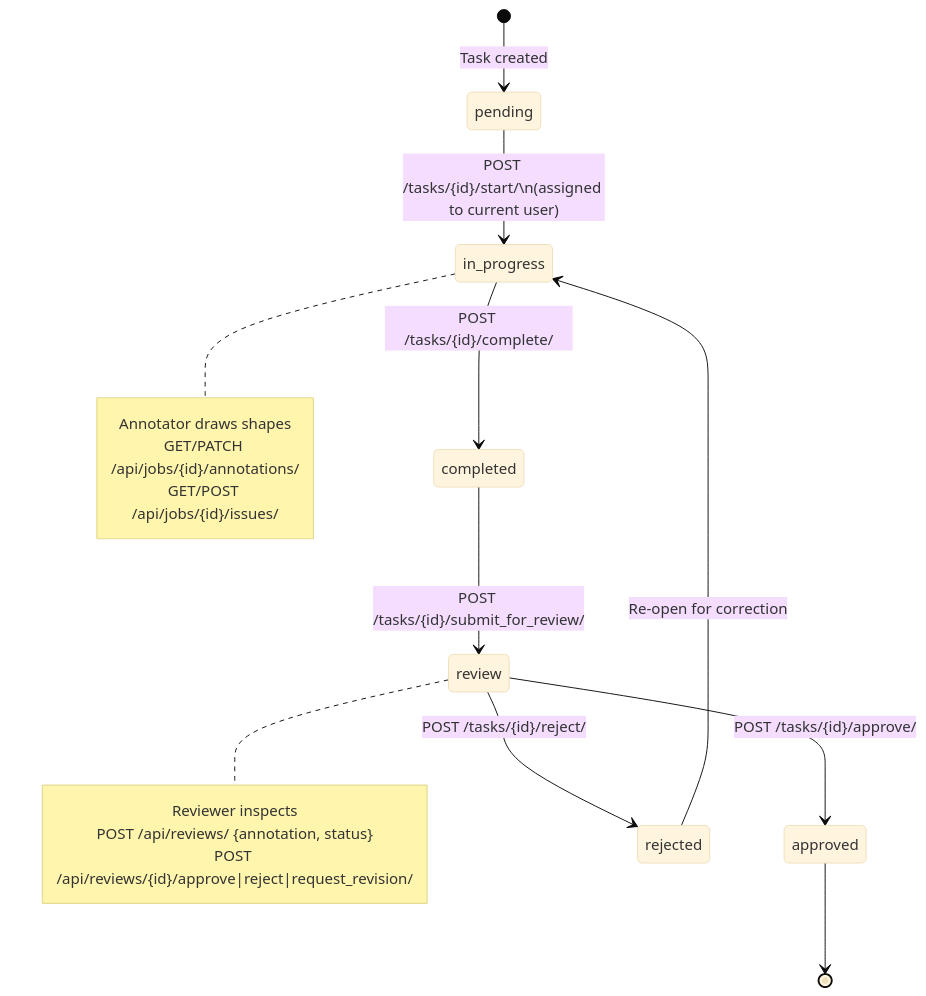
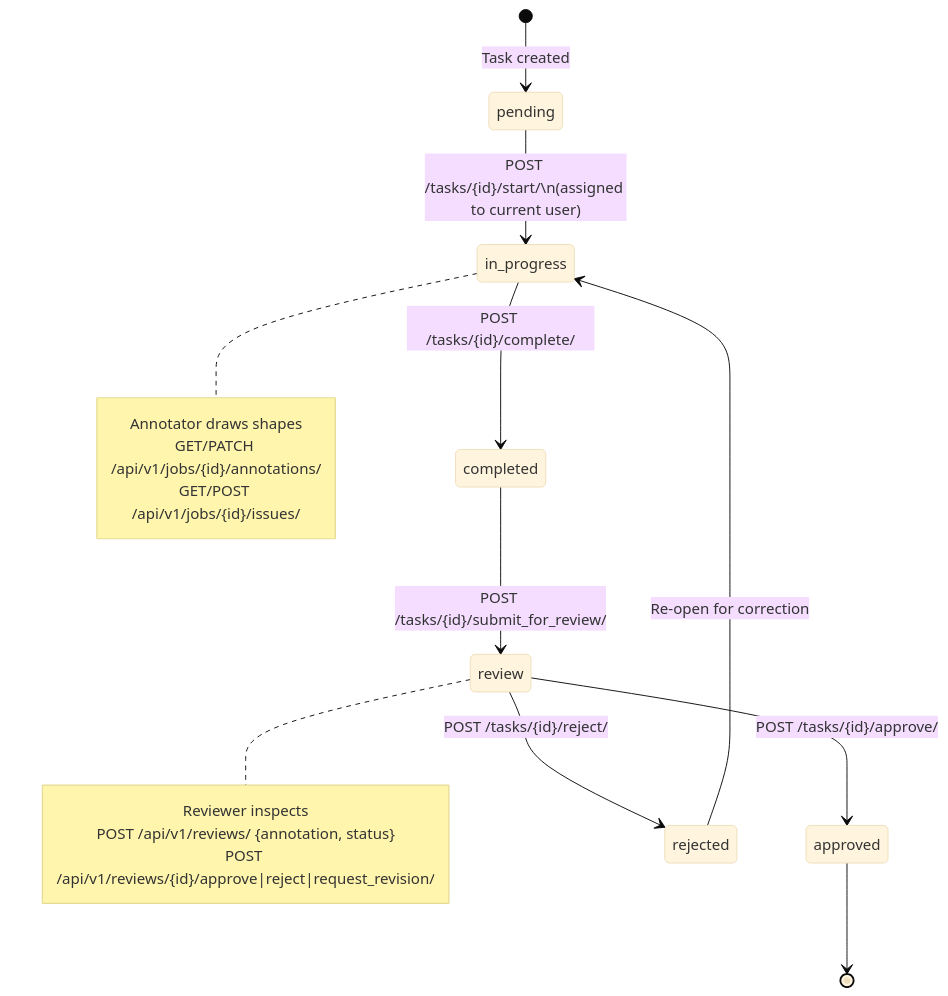
Before and after one commit to the-visiox/visiox: the sixth of 13 diagrams in docs/ARCHITECTURE_DIAGRAMS.md, drawn with Mermaid (base theme). The commit also changed other lines of this file and 16 other files, not shown here.

````diff
--- a/docs/ARCHITECTURE_DIAGRAMS.md
+++ b/docs/ARCHITECTURE_DIAGRAMS.md
@@ -216,23 +244,23 @@
 ```mermaid
 stateDiagram-v2
     [*] --> pending : Task created
     pending --> in_progress : POST /tasks/{id}/start/\n(assigned to current user)
     in_progress --> completed : POST /tasks/{id}/complete/
     completed --> review : POST /tasks/{id}/submit_for_review/
     review --> approved : POST /tasks/{id}/approve/
     review --> rejected : POST /tasks/{id}/reject/
     rejected --> in_progress : Re-open for correction
     approved --> [*]
 
     note right of in_progress
         Annotator draws shapes
-        GET/PATCH /api/jobs/{id}/annotations/
-        GET/POST /api/jobs/{id}/issues/
+        GET/PATCH /api/v1/jobs/{id}/annotations/
+        GET/POST /api/v1/jobs/{id}/issues/
     end note
 
     note right of review
         Reviewer inspects
-        POST /api/reviews/ {annotation, status}
-        POST /api/reviews/{id}/approve|reject|request_revision/
+        POST /api/v1/reviews/ {annotation, status}
+        POST /api/v1/reviews/{id}/approve|reject|request_revision/
     end note
 ```
````
